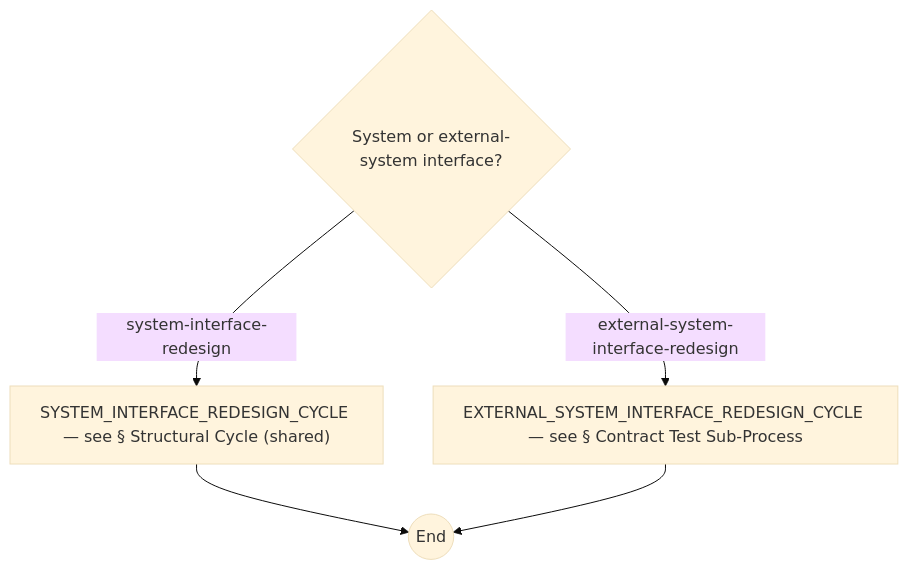
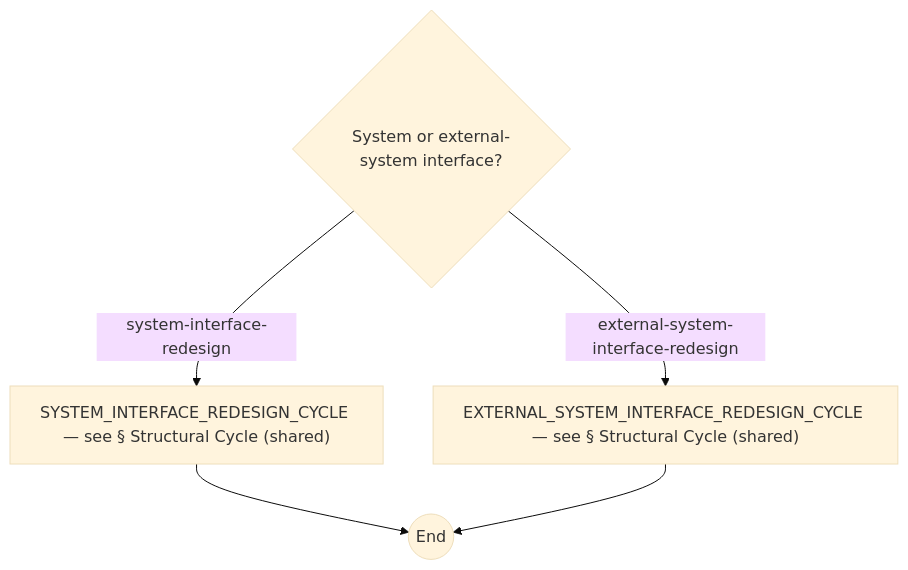
Before and after one commit to optivem/gh-optivem: diagram 12 of 15 in docs/process-diagram.md, drawn with Mermaid (base theme). The commit also changed other lines of this file and 27 other files, not shown here.

First line of the commit message:
atdd: extract shared commit sub-process — pair APPROVE_COMMIT with EXECUTE_COMMIT by construction

````diff
--- a/docs/process-diagram.md
+++ b/docs/process-diagram.md
@@ -300,12 +309,12 @@
 ```mermaid
 flowchart TD
     DA_END((End))
-    EXTERNAL_SYSTEM_INTERFACE_REDESIGN_CYCLE[EXTERNAL_SYSTEM_INTERFACE_REDESIGN_CYCLE — see § Contract Test Sub-Process]
+    EXTERNAL_SYSTEM_INTERFACE_REDESIGN_CYCLE["EXTERNAL_SYSTEM_INTERFACE_REDESIGN_CYCLE — see § Structural Cycle (shared)"]
     GATE_CHANGE_TYPE_DA{System or external-system interface?}
     SYSTEM_INTERFACE_REDESIGN_CYCLE["SYSTEM_INTERFACE_REDESIGN_CYCLE — see § Structural Cycle (shared)"]
 
     GATE_CHANGE_TYPE_DA -- system-interface-redesign --> SYSTEM_INTERFACE_REDESIGN_CYCLE
     GATE_CHANGE_TYPE_DA -- external-system-interface-redesign --> EXTERNAL_SYSTEM_INTERFACE_REDESIGN_CYCLE
     SYSTEM_INTERFACE_REDESIGN_CYCLE --> DA_END
     EXTERNAL_SYSTEM_INTERFACE_REDESIGN_CYCLE --> DA_END
 ```
````
